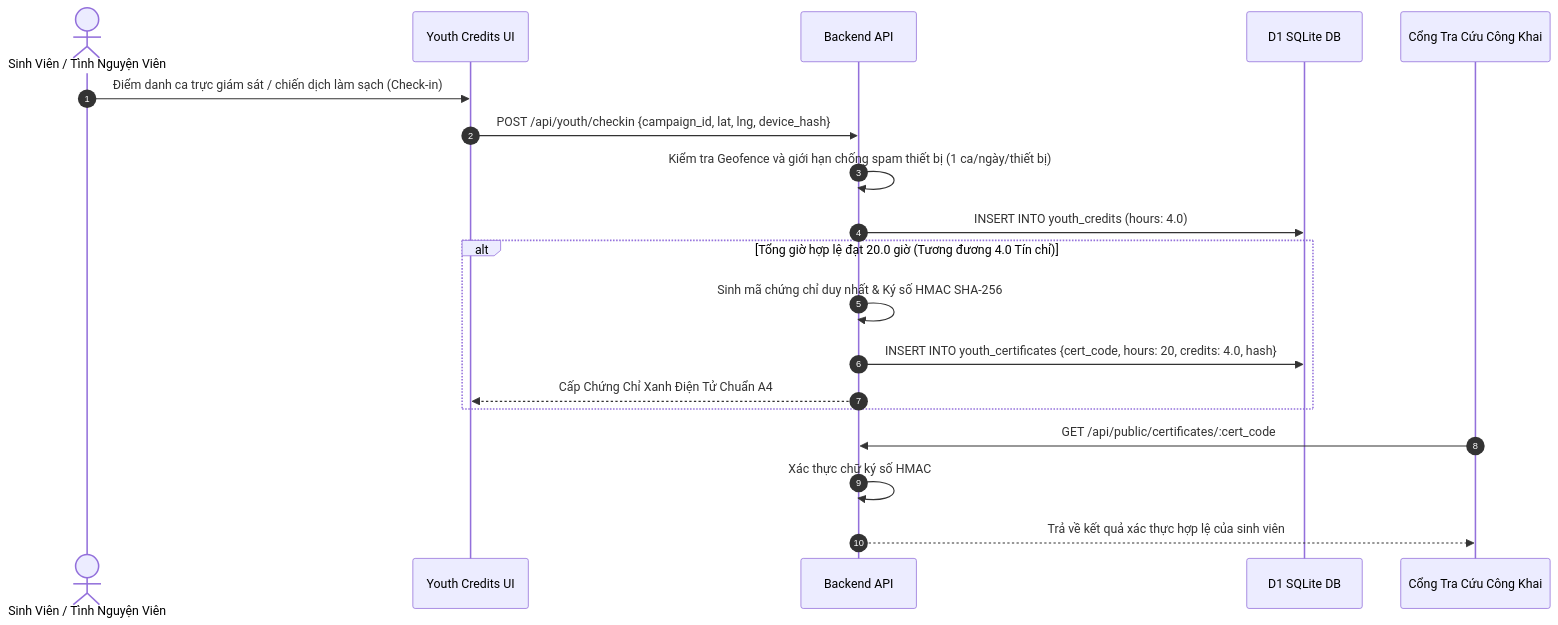
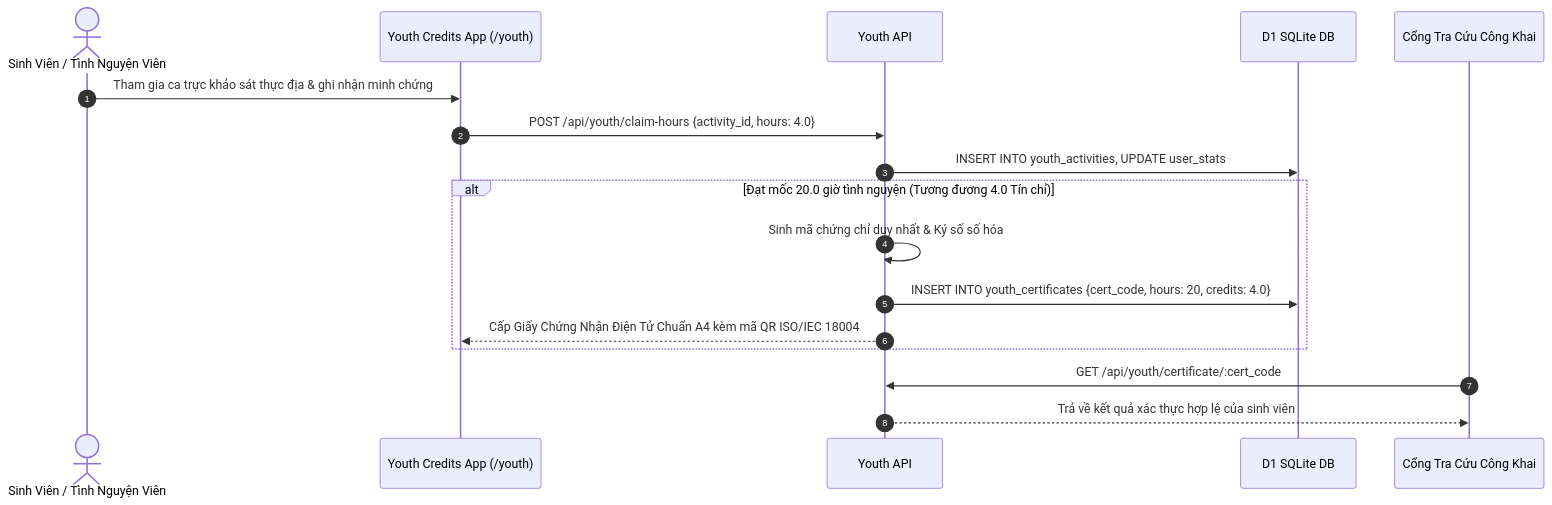
One commit to 26730023-PhamPhuNguyenHung/unicef-dustguard changed the sixth of 6 diagrams in .agents/ssot/USER_FLOWS.md. Above: the diagram before and after it, drawn with Mermaid. The commit also changed other lines of this file and 6 other files, not shown here.

````diff
--- a/.agents/ssot/USER_FLOWS.md
+++ b/.agents/ssot/USER_FLOWS.md
@@ -173,22 +156,20 @@
 ```mermaid
 sequenceDiagram
     autonumber
     actor Youth as Sinh Viên / Tình Nguyện Viên
-    participant UI as Youth Credits UI
-    participant API as Backend API
+    participant UI as Youth Credits App (/youth)
+    participant API as Youth API
     participant D1 as D1 SQLite DB
     participant Public as Cổng Tra Cứu Công Khai
 
-    Youth->>UI: Điểm danh ca trực giám sát / chiến dịch làm sạch (Check-in)
-    UI->>API: POST /api/youth/checkin {campaign_id, lat, lng, device_hash}
-    API->>API: Kiểm tra Geofence và giới hạn chống spam thiết bị (1 ca/ngày/thiết bị)
-    API->>D1: INSERT INTO youth_credits (hours: 4.0)
-    alt Tổng giờ hợp lệ đạt 20.0 giờ (Tương đương 4.0 Tín chỉ)
-        API->>API: Sinh mã chứng chỉ duy nhất & Ký số HMAC SHA-256
-        API->>D1: INSERT INTO youth_certificates {cert_code, hours: 20, credits: 4.0, hash}
-        API-->>UI: Cấp Chứng Chỉ Xanh Điện Tử Chuẩn A4
+    Youth->>UI: Tham gia ca trực khảo sát thực địa & ghi nhận minh chứng
+    UI->>API: POST /api/youth/claim-hours {activity_id, hours: 4.0}
+    API->>D1: INSERT INTO youth_activities, UPDATE user_stats
+    alt Đạt mốc 20.0 giờ tình nguyện (Tương đương 4.0 Tín chỉ)
+        API->>API: Sinh mã chứng chỉ duy nhất & Ký số số hóa
+        API->>D1: INSERT INTO youth_certificates {cert_code, hours: 20, credits: 4.0}
+        API-->>UI: Cấp Giấy Chứng Nhận Điện Tử Chuẩn A4 kèm mã QR ISO/IEC 18004
     end
-    Public->>API: GET /api/public/certificates/:cert_code
-    API->>API: Xác thực chữ ký số HMAC
+    Public->>API: GET /api/youth/certificate/:cert_code
     API-->>Public: Trả về kết quả xác thực hợp lệ của sinh viên
 ```
````
